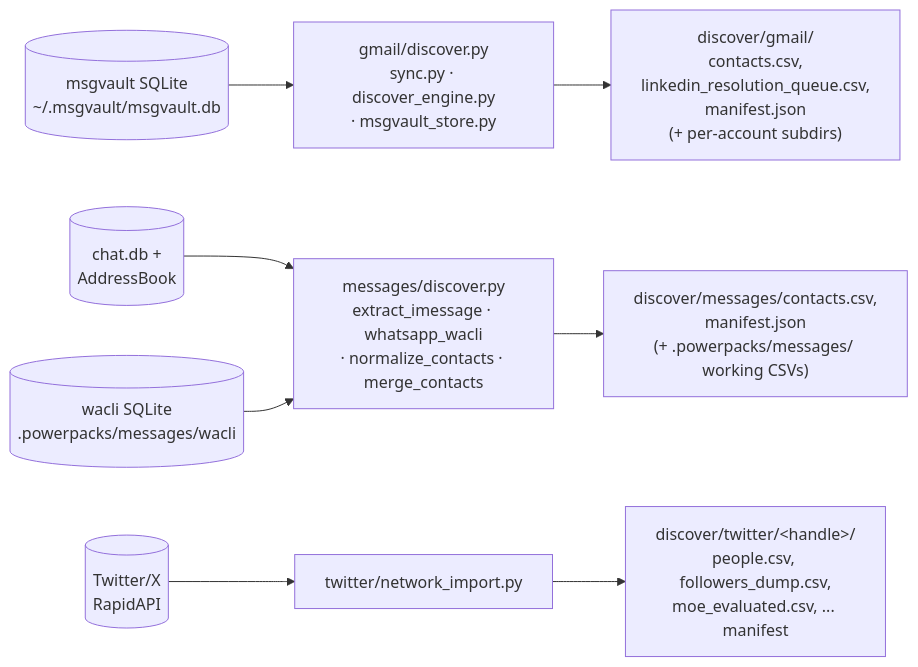
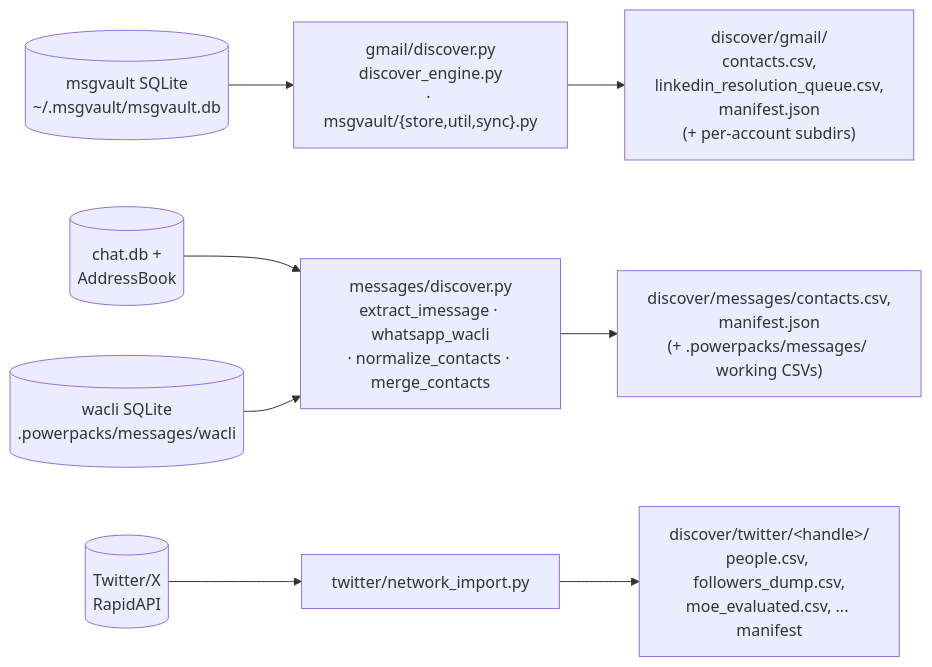
One commit to powerset-co/powerpacks changed the diagram in packs/ingestion/primitives/discover/README.md. Above: the diagram before and after it, drawn with Mermaid. The commit also changed other lines of this file and 46 other files, not shown here.

First line of the commit message:
refactor(ingestion)!: msgvault package split; discover entry hardened; last duplicate generics folded

````diff
--- a/packs/ingestion/primitives/discover/README.md
+++ b/packs/ingestion/primitives/discover/README.md
@@ -31,16 +35,16 @@
 ```mermaid
 flowchart LR
   MV[("msgvault SQLite<br/>~/.msgvault/msgvault.db")]
   CDB[("chat.db +<br/>AddressBook")]
   WA[("wacli SQLite<br/>.powerpacks/messages/wacli")]
   TW[("Twitter/X<br/>RapidAPI")]
 
-  MV --> GDISC["gmail/discover.py<br/>sync.py · discover_engine.py<br/>· msgvault_store.py"]
+  MV --> GDISC["gmail/discover.py<br/>discover_engine.py<br/>· msgvault/{store,util,sync}.py"]
   CDB --> MDISC["messages/discover.py<br/>extract_imessage · whatsapp_wacli<br/>· normalize_contacts · merge_contacts"]
   WA --> MDISC
   TW --> TDISC["twitter/network_import.py"]
 
   GDISC --> GOUT["discover/gmail/<br/>contacts.csv,<br/>linkedin_resolution_queue.csv,<br/>manifest.json<br/>(+ per-account subdirs)"]
   MDISC --> MOUT["discover/messages/contacts.csv,<br/>manifest.json<br/>(+ .powerpacks/messages/ working CSVs)"]
   TDISC --> TOUT["discover/twitter/&lt;handle&gt;/<br/>people.csv, followers_dump.csv,<br/>moe_evaluated.csv, ... manifest"]
 ```
````
